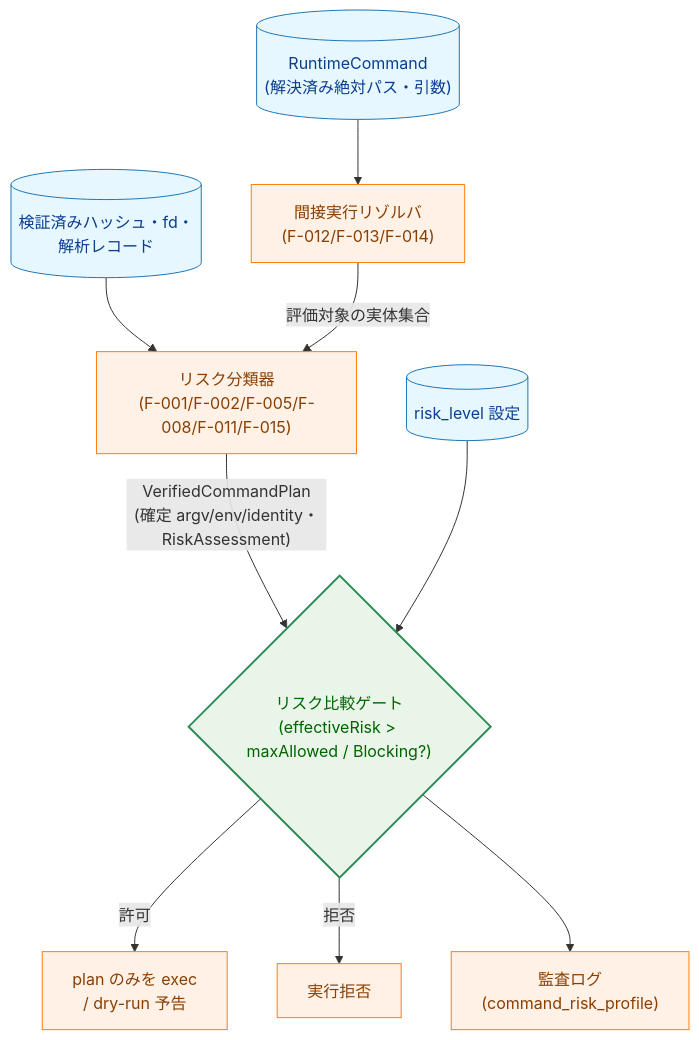
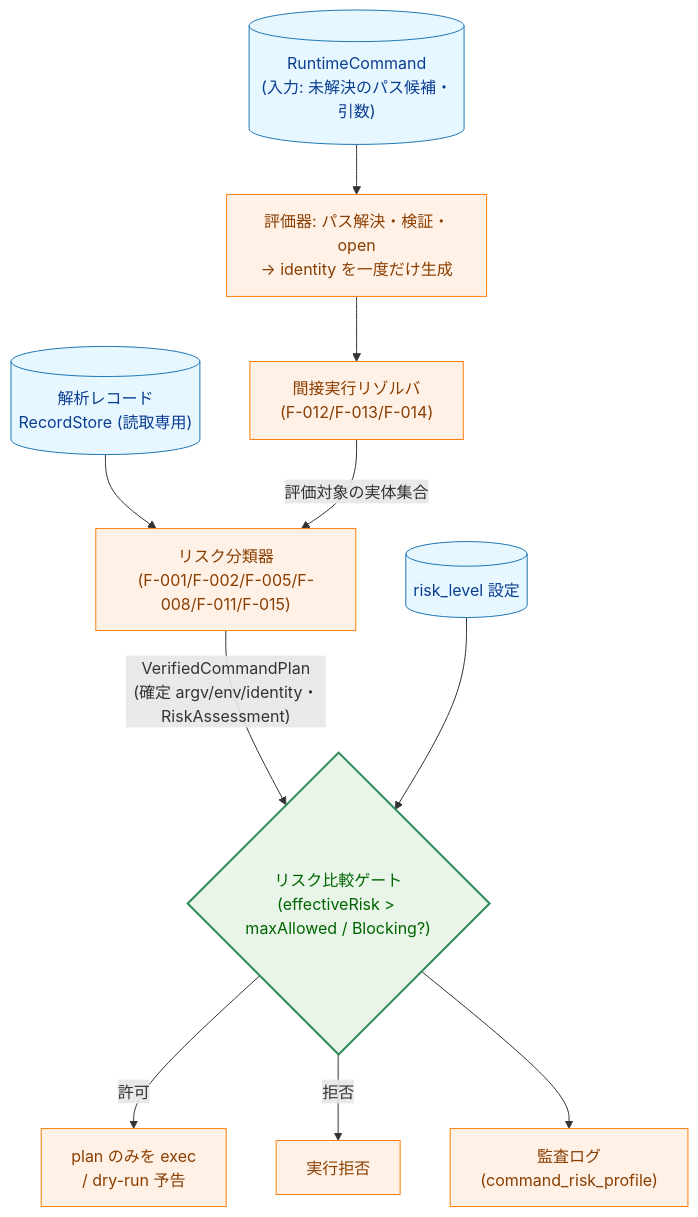
One commit to isseis/go-safe-cmd-runner changed the first of 12 diagrams in docs/tasks/0136_runtime_risk_evaluation_enforcement/02_architecture.md. Above: the diagram before and after it, drawn with Mermaid. The commit also changed other lines of this file, not shown here.

````diff
--- a/docs/tasks/0136_runtime_risk_evaluation_enforcement/02_architecture.md
+++ b/docs/tasks/0136_runtime_risk_evaluation_enforcement/02_architecture.md
@@ -30,19 +30,20 @@
 ```mermaid
 flowchart TD
     classDef data fill:#e6f7ff,stroke:#1f77b4,stroke-width:1px,color:#0b3d91;
     classDef process fill:#fff1e6,stroke:#ff7f0e,stroke-width:1px,color:#8a3e00;
     classDef enhanced fill:#e8f5e8,stroke:#2e8b57,stroke-width:2px,color:#006400;
 
-    CMD[("RuntimeCommand<br>(解決済み絶対パス・引数)")] --> IR["間接実行リゾルバ<br>(F-012/F-013/F-014)"]
-    HASH[("検証済みハッシュ・fd・<br>解析レコード")] --> RC
+    CMD[("RuntimeCommand<br>(入力: 未解決のパス候補・引数)")] --> EV["評価器: パス解決・検証・open<br>→ identity を一度だけ生成"]
+    REC[("解析レコード<br>RecordStore (読取専用)")] --> RC
+    EV --> IR["間接実行リゾルバ<br>(F-012/F-013/F-014)"]
     IR -->|"評価対象の実体集合"| RC["リスク分類器<br>(F-001/F-002/F-005/F-008/F-011/F-015)"]
     RC -->|"VerifiedCommandPlan<br>(確定 argv/env/identity・RiskAssessment)"| GATE{"リスク比較ゲート<br>(effectiveRisk > maxAllowed / Blocking?)"}
     CFG[("risk_level 設定")] --> GATE
     GATE -->|"許可"| EXEC["plan のみを exec<br>/ dry-run 予告"]
     GATE -->|"拒否"| DENY["実行拒否"]
     GATE --> AUDIT["監査ログ<br>(command_risk_profile)"]
 
-    class CMD,HASH,CFG data
-    class IR,RC,EXEC,DENY,AUDIT process
+    class CMD,REC,CFG data
+    class EV,IR,RC,EXEC,DENY,AUDIT process
     class GATE enhanced
 ```
````
